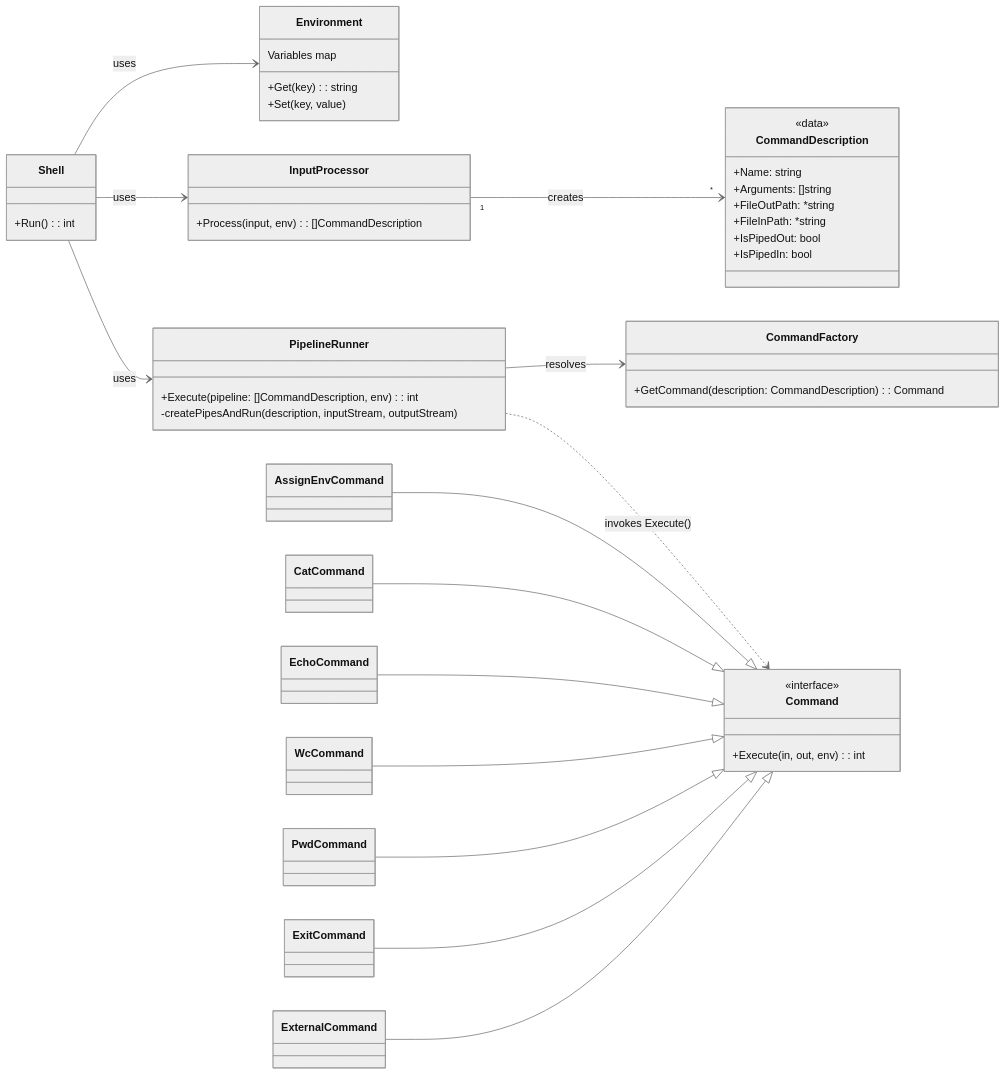
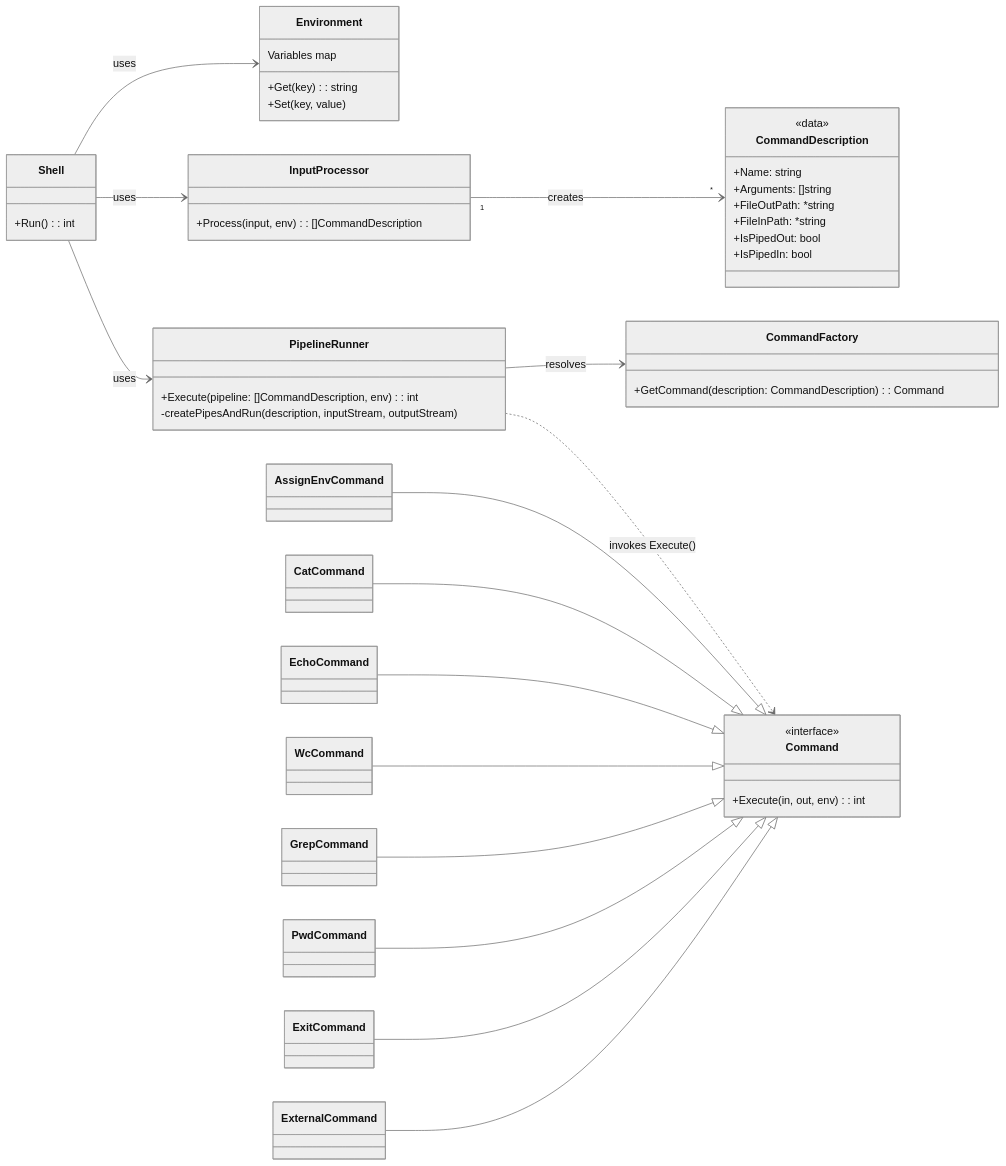
The diagram in gocli/README.md (art22m/MHS-Software-Design-F25), drawn with Mermaid (neutral theme) before and after one commit. The commit also changed other lines of this file, not shown here.

````diff
--- a/gocli/README.md
+++ b/gocli/README.md
@@ -53,67 +57,69 @@
 ```mermaid
 classDiagram
     direction LR
 
     class Shell {
         +Run(): int
     }
     class Environment {
         Variables map<string, string>
         +Get(key): string
         +Set(key, value)
     }
 
     Shell --> Environment : uses
 
     class CommandDescription {
         <<data>>
         +Name: string
         +Arguments: []string
         +FileOutPath: *string
         +FileInPath: *string
         +IsPipedOut: bool
         +IsPipedIn: bool
     }
 
     class InputProcessor {
         +Process(input, env): []CommandDescription
     }
 
     Shell --> InputProcessor : uses
     InputProcessor "1" --> "*" CommandDescription : creates
 
     class PipelineRunner {
         +Execute(pipeline: []CommandDescription, env): int
         -createPipesAndRun(description, inputStream, outputStream)
     }
     
     class CommandFactory {
         +GetCommand(description: CommandDescription): Command
     }
 
     Shell --> PipelineRunner : uses
     PipelineRunner --> CommandFactory : resolves
     PipelineRunner ..> Command : invokes Execute()
 
     class Command {
         <<interface>>
         +Execute(in, out, env): int
     }
 
     class AssignEnvCommand
     class CatCommand
     class EchoCommand
     class WcCommand
+    class GrepCommand
     class PwdCommand
     class ExitCommand
     class ExternalCommand
     
     AssignEnvCommand --|> Command
     CatCommand --|> Command
     EchoCommand --|> Command
     WcCommand --|> Command
+    GrepCommand --|> Command
     PwdCommand --|> Command
     ExitCommand --|> Command
     ExternalCommand --|> Command
 
 ```
````
